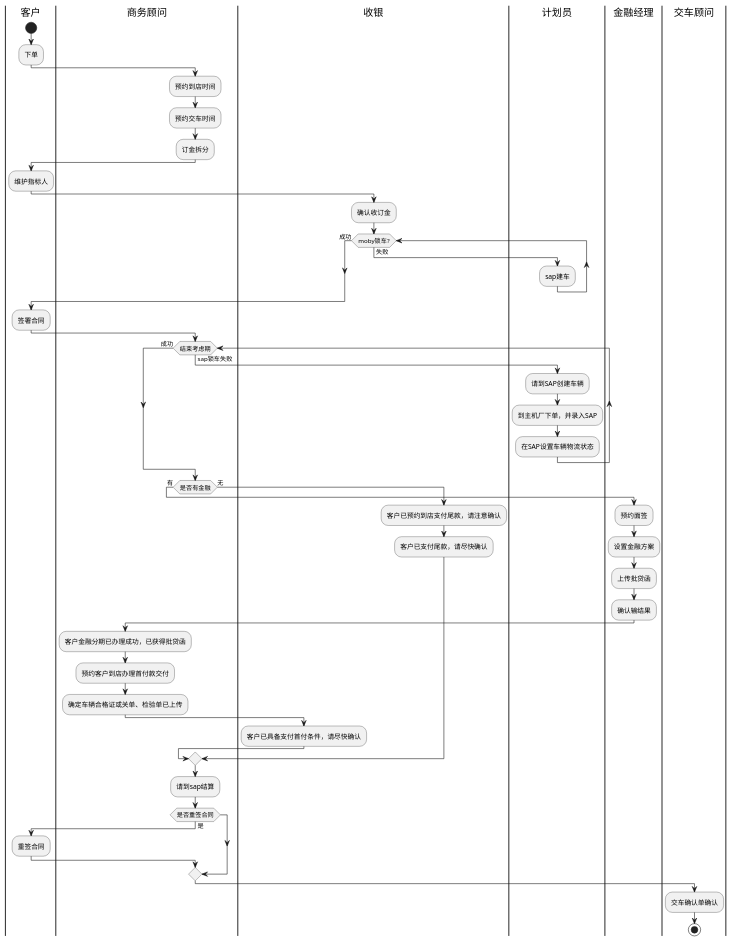
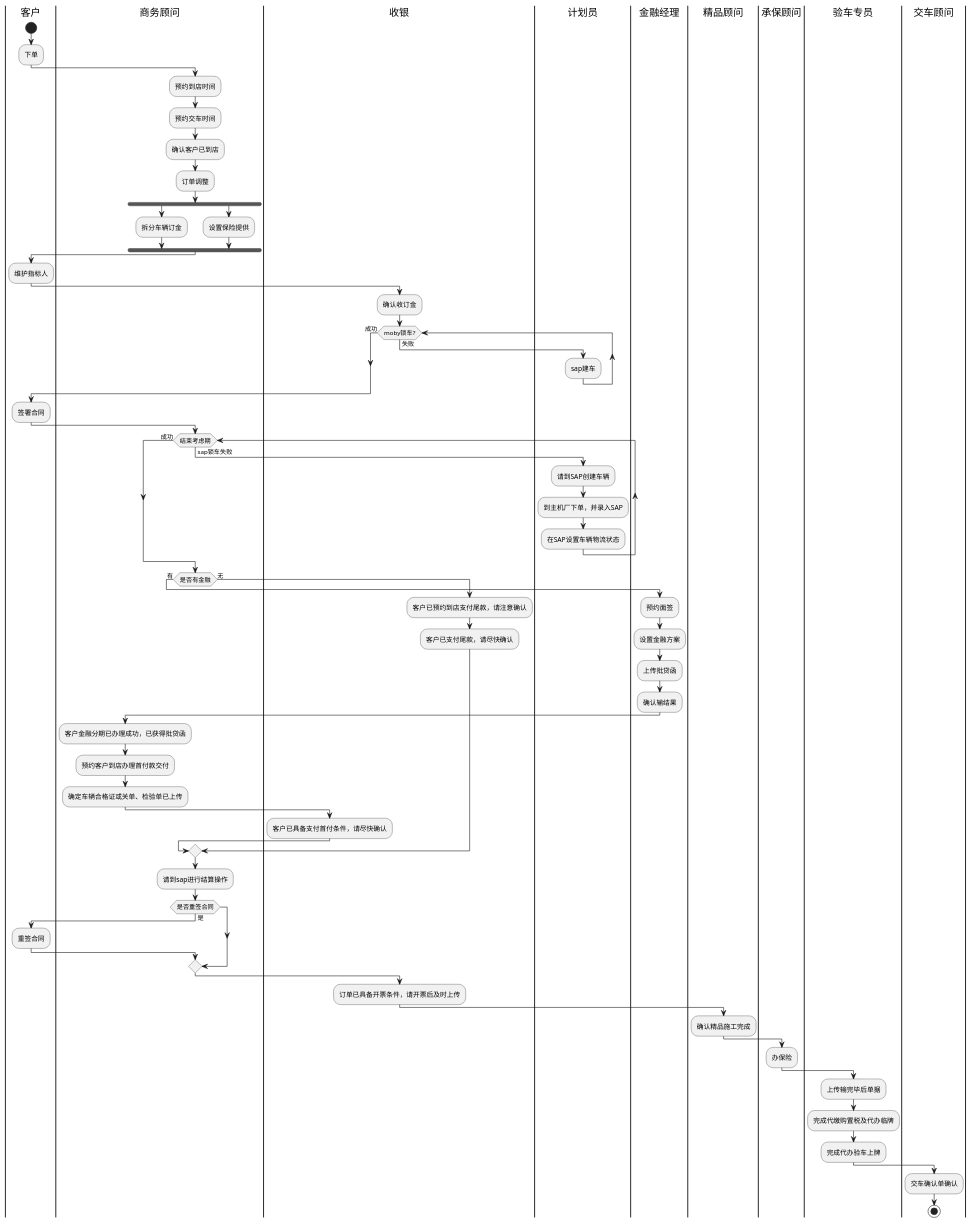
Before and after one commit to twfx7758/blchina: the diagram in doc/plantuml/3.新车协同流程.wsd, drawn with PlantUML. The commit also changed 1 other file, not shown here.

Commit message:
协同流程图

```diff
--- a/doc/plantuml/3.新车协同流程.wsd
+++ b/doc/plantuml/3.新车协同流程.wsd
@@ -1,70 +1,87 @@
 @startuml
 
 |客户|
 start
 :下单;
 
 |商务顾问|
 :预约到店时间;
+:预约交车时间;
+:确认客户已到店;
+:订单调整;
 
-|商务顾问|
-:预约交车时间;
-
-|商务顾问|
-:订金拆分;
+fork
+:拆分车辆订金;
+fork again
+:设置保险提供;
+end fork
 
 |客户|
 :维护指标人;
 
 |收银|
 :确认收订金;
 while (moby锁车?) is (失败)
 |计划员|
 :sap建车;
 endwhile (成功)
 |客户|
 :签署合同;
  
 |商务顾问|
 while (结束考虑期) is (sap锁车失败)
 
 |计划员|
 :请到SAP创建车辆;
 :到主机厂下单，并录入SAP;
 :在SAP设置车辆物流状态;
 
 endwhile (成功)
 
 |商务顾问|
 if (是否有金融) then (有)
 |金融经理|
 :预约面签;
 :设置金融方案;
 :上传批贷函;
 :确认输结果;
 |商务顾问|
 :客户金融分期已办理成功，已获得批贷函;
 :预约客户到店办理首付款交付;
 :确定车辆合格证或关单、检验单已上传;
 |收银|
 :客户已具备支付首付条件，请尽快确认;
 else (无)
 |收银|
 :客户已预约到店支付尾款，请注意确认;
 :客户已支付尾款，请尽快确认;
 endif
 
 |商务顾问|
-:请到sap结算;
+:请到sap进行结算操作;
 if (是否重签合同) then (是)
 |客户|
 :重签合同;
 endif
+
+|收银|
+:订单已具备开票条件，请开票后及时上传;
+
+|精品顾问|
+:确认精品施工完成;
+
+|承保顾问|
+:办保险;
+
+|验车专员|
+:上传输完毕后单据;
+:完成代缴购置税及代办临牌;
+:完成代办验车上牌;
 
 |交车顾问|
 :交车确认单确认;
 
 
 stop
 
 @enduml
```
